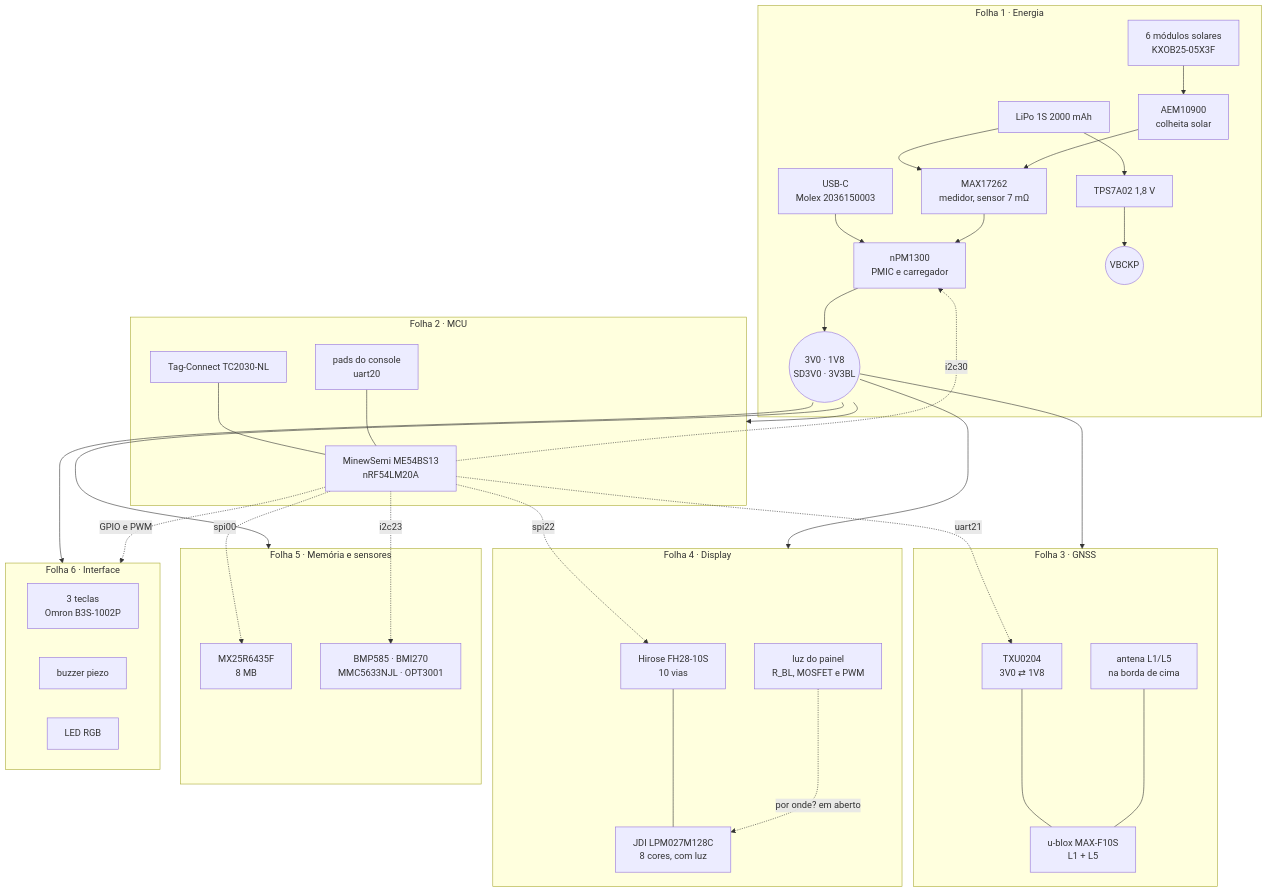
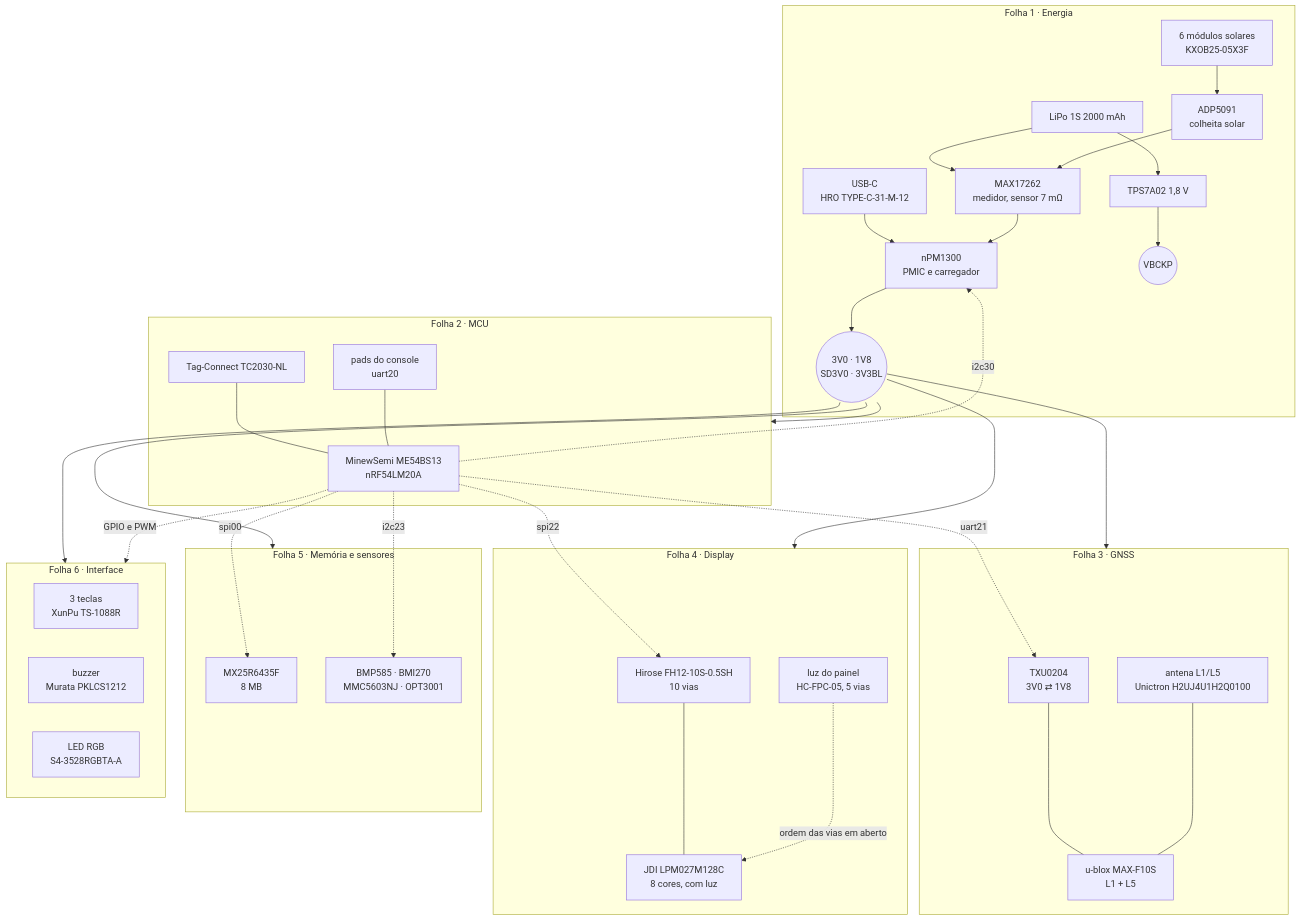
One commit to Guiimartinho/gnss-bike-computer changed the diagram in hardware_gnssbike/README.md. Above: the diagram before and after it, drawn with Mermaid. The commit also changed other lines of this file and 3 other files, not shown here.

````diff
--- a/hardware_gnssbike/README.md
+++ b/hardware_gnssbike/README.md
@@ -45,51 +69,51 @@
 ```mermaid
 flowchart TB
     subgraph F1["Folha 1 · Energia"]
-        USBC["USB-C<br/>Molex 2036150003"] --> NPM["nPM1300<br/>PMIC e carregador"]
+        USBC["USB-C<br/>HRO TYPE-C-31-M-12"] --> NPM["nPM1300<br/>PMIC e carregador"]
         CELL["LiPo 1S 2000 mAh"] --> GAUGE["MAX17262<br/>medidor, sensor 7 mΩ"]
         GAUGE --> NPM
-        PV["6 módulos solares<br/>KXOB25-05X3F"] --> AEM["AEM10900<br/>colheita solar"]
+        PV["6 módulos solares<br/>KXOB25-05X3F"] --> AEM["ADP5091<br/>colheita solar"]
         AEM --> GAUGE
         NPM --> RAILS(("3V0 · 1V8<br/>SD3V0 · 3V3BL"))
         CELL --> TPS["TPS7A02 1,8 V"] --> VBCKP(("VBCKP"))
     end
 
     subgraph F2["Folha 2 · MCU"]
         MOD["MinewSemi ME54BS13<br/>nRF54LM20A"]
         SWD["Tag-Connect TC2030-NL"] --- MOD
         PADS["pads do console<br/>uart20"] --- MOD
     end
 
     subgraph F3["Folha 3 · GNSS"]
         TXU["TXU0204<br/>3V0 ⇄ 1V8"] --- MAXF["u-blox MAX-F10S<br/>L1 + L5"]
-        ANT1["antena L1/L5<br/>na borda de cima"] --- MAXF
+        ANT1["antena L1/L5<br/>Unictron H2UJ4U1H2Q0100"] --- MAXF
     end
 
     subgraph F4["Folha 4 · Display"]
-        FPC["Hirose FH28-10S<br/>10 vias"] --- PANEL["JDI LPM027M128C<br/>8 cores, com luz"]
-        BL["luz do painel<br/>R_BL, MOSFET e PWM"] -.->|"por onde? em aberto"| PANEL
+        FPC["Hirose FH12-10S-0.5SH<br/>10 vias"] --- PANEL["JDI LPM027M128C<br/>8 cores, com luz"]
+        BL["luz do painel<br/>HC-FPC-05, 5 vias"] -.->|"ordem das vias em aberto"| PANEL
     end
 
     subgraph F5["Folha 5 · Memória e sensores"]
         NOR["MX25R6435F<br/>8 MB"]
-        SENS["BMP585 · BMI270<br/>MMC5633NJL · OPT3001"]
+        SENS["BMP585 · BMI270<br/>MMC5603NJ · OPT3001"]
     end
 
     subgraph F6["Folha 6 · Interface"]
-        KEYS["3 teclas<br/>Omron B3S-1002P"]
-        BUZ["buzzer piezo"]
-        RGB["LED RGB"]
+        KEYS["3 teclas<br/>XunPu TS-1088R"]
+        BUZ["buzzer<br/>Murata PKLCS1212"]
+        RGB["LED RGB<br/>S4-3528RGBTA-A"]
     end
 
     RAILS --> F2
     RAILS --> F3
     RAILS --> F4
     RAILS --> F5
     RAILS --> F6
     MOD -.->|"spi00"| NOR
     MOD -.->|"i2c23"| SENS
     MOD -.->|"uart21"| TXU
     MOD -.->|"spi22"| FPC
     MOD -.->|"i2c30"| NPM
     MOD -.->|"GPIO e PWM"| F6
 ```
````
